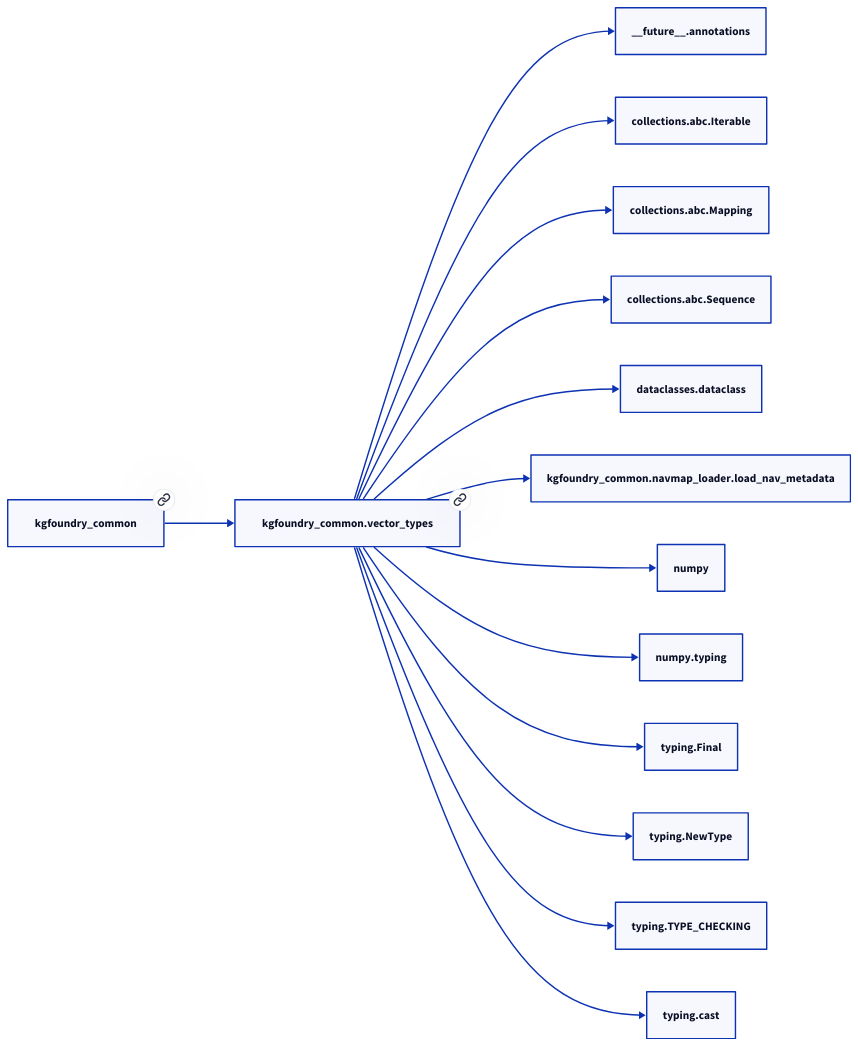
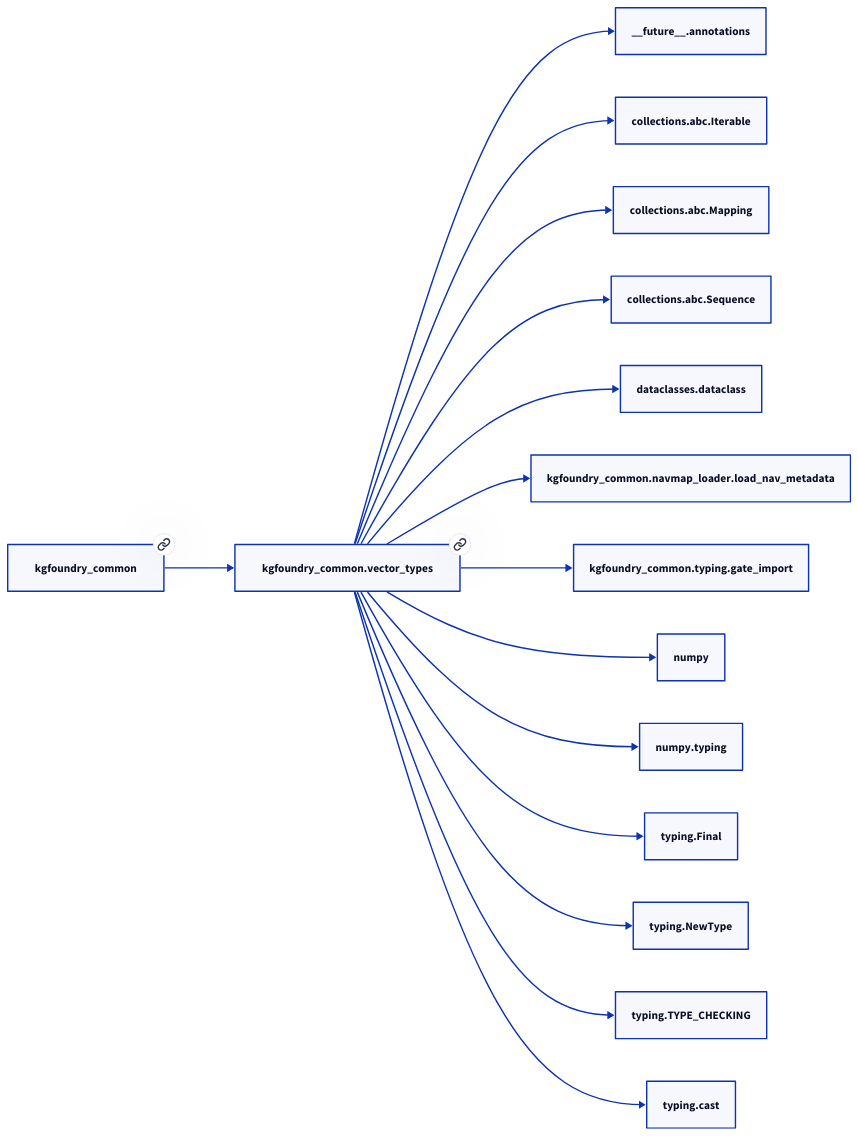
The second of 2 diagrams in docs/modules/kgfoundry_common/vector_types.md (paul-heyse/kgforge), drawn with D2 before and after one commit. The commit also changed other lines of this file and 107 other files, not shown here.

````diff
--- a/docs/modules/kgfoundry_common/vector_types.md
+++ b/docs/modules/kgfoundry_common/vector_types.md
@@ -67,30 +67,32 @@
 ```d2
 direction: right
 "kgfoundry_common.vector_types": "kgfoundry_common.vector_types" { link: "https://github.com/paul-heyse/kgfoundry/blob/main/src/kgfoundry_common/vector_types.py" }
 "__future__.annotations": "__future__.annotations"
 "kgfoundry_common.vector_types" -> "__future__.annotations"
 "collections.abc.Iterable": "collections.abc.Iterable"
 "kgfoundry_common.vector_types" -> "collections.abc.Iterable"
 "collections.abc.Mapping": "collections.abc.Mapping"
 "kgfoundry_common.vector_types" -> "collections.abc.Mapping"
 "collections.abc.Sequence": "collections.abc.Sequence"
 "kgfoundry_common.vector_types" -> "collections.abc.Sequence"
 "dataclasses.dataclass": "dataclasses.dataclass"
 "kgfoundry_common.vector_types" -> "dataclasses.dataclass"
 "kgfoundry_common.navmap_loader.load_nav_metadata": "kgfoundry_common.navmap_loader.load_nav_metadata"
 "kgfoundry_common.vector_types" -> "kgfoundry_common.navmap_loader.load_nav_metadata"
+"kgfoundry_common.typing.gate_import": "kgfoundry_common.typing.gate_import"
+"kgfoundry_common.vector_types" -> "kgfoundry_common.typing.gate_import"
 "numpy": "numpy"
 "kgfoundry_common.vector_types" -> "numpy"
 "numpy.typing": "numpy.typing"
 "kgfoundry_common.vector_types" -> "numpy.typing"
 "typing.Final": "typing.Final"
 "kgfoundry_common.vector_types" -> "typing.Final"
 "typing.NewType": "typing.NewType"
 "kgfoundry_common.vector_types" -> "typing.NewType"
 "typing.TYPE_CHECKING": "typing.TYPE_CHECKING"
 "kgfoundry_common.vector_types" -> "typing.TYPE_CHECKING"
 "typing.cast": "typing.cast"
 "kgfoundry_common.vector_types" -> "typing.cast"
 "kgfoundry_common": "kgfoundry_common" { link: "https://github.com/paul-heyse/kgfoundry/blob/main/src/kgfoundry_common/__init__.py" }
 "kgfoundry_common" -> "kgfoundry_common.vector_types" { style: dashed }
 ```
````
